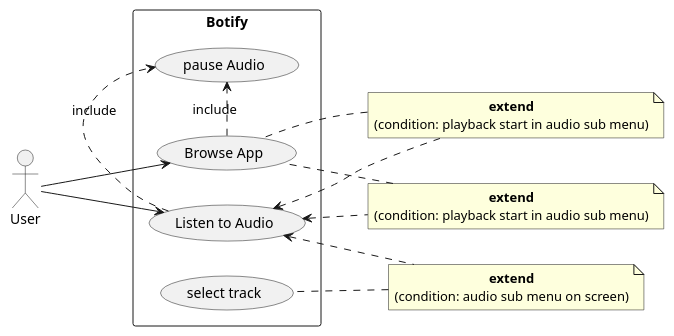
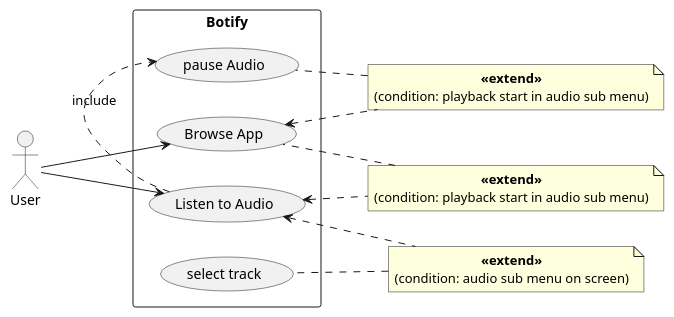
One commit to vertigonale/botify2 changed the diagram in Documents/useCase_new.puml. Above: the diagram before and after it, drawn with PlantUML. The commit also changed 1 other file, not shown here.

Commit message:
update diagram

```diff
--- a/Documents/useCase_new.puml
+++ b/Documents/useCase_new.puml
@@ -1,91 +1,91 @@
 @startuml
 skinparam packageStyle rectangle
 skinparam defaulttextalignment center
 left to right direction
 actor User as u
 /'actor User as u2'/
 
 note as n1
-<b>extend</b>
+<b><<extend>></b>
 (condition: playback start in audio sub menu)
 end note
 
 note as n2
-<b>extend</b>
+<b><<extend>></b>
 (condition: playback start in audio sub menu)
 end note
 
 note as n3
-<b>extend</b>
+<b><<extend>></b>
 (condition: audio sub menu on screen)
 end note
 
 /'note as n01
 <b>extend</b>
 (condition: audio sub menu on screen)
 end note'/
 /'
 note as n02
 <b>extend</b>
 
 end note
 
 note as n03
 <b>extend</b>
 
 end note'/
 
 /'note "extend (condition: playback start in audio sub menu)" as n1
 note "extend (condition: playback start in audio sub menu)" as n2
 note "extend (condition: audio sub menu on screen)" as n3'/
 
 
 rectangle "Botify" {
 usecase "Browse App" as uc1
 usecase "Listen to Audio" as uc2
 usecase "select track" as uc3
 usecase "pause Audio" as uc4
 /'uc3 .> uc2 : extend
 uc1 .> uc2 : extend'/
 uc2 .> uc4 : include
-uc1 .> uc4 : include
+'uc1 .> uc4 : include
 }
 
-uc2 <.. n1
-n1 .. uc1
+uc1 <.. n1
+n1 .. uc4
 
 uc2 <.. n2
 n2 .. uc1
 
 uc2 <.. n3
 n3 .. uc3
 
 u --> uc1
 u --> uc2
 
 /'rectangle "Listen to audio" {
 usecase "Browse App" as uc01
 usecase "browse phone" as uc02
 usecase "select track" as uc03
 usecase "pause Audio" as uc04
 '//'uc3 .> uc2 : extend
 uc1 .> uc2 : extend'//'
 uc01 .> uc04 : include
 'uc03 .> uc01 : extend
 'uc01 .> uc04 : include
 }
 
 uc01 <.. n01
 n01 .. uc03
 
 '//'uc02 <.. n02
 n02 .. uc01
 
 uc02 <.. n03
 n03 .. uc03
 '//'
 
 u2 --> uc01
 u2 --> uc02'/
 
 @enduml
```
